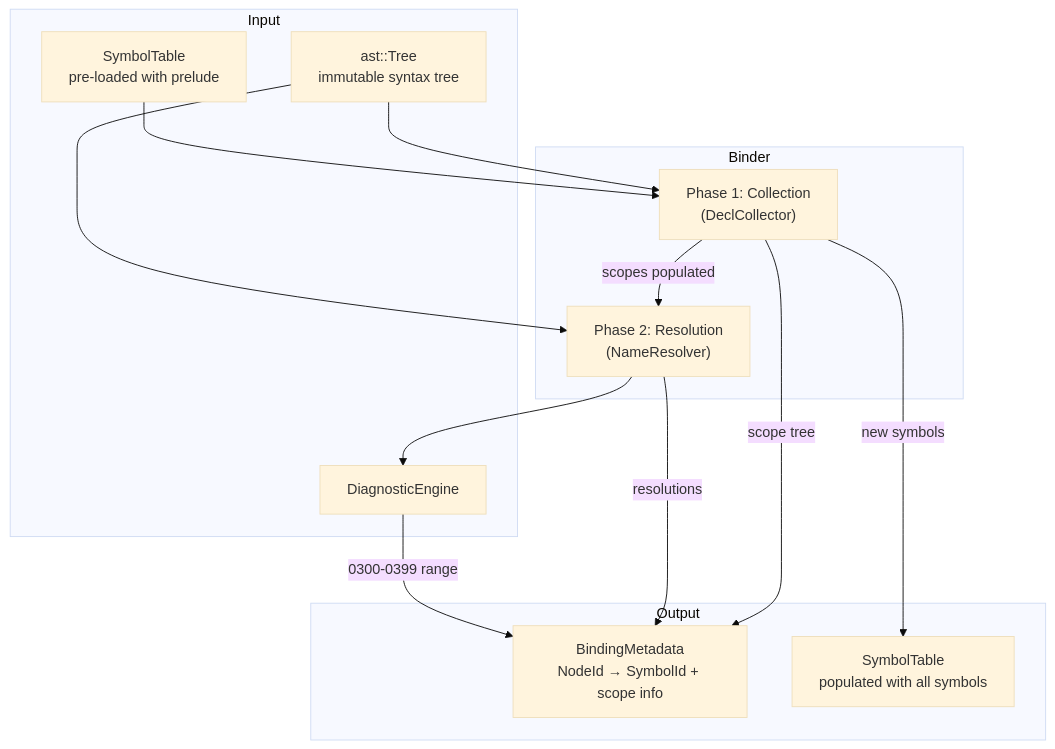
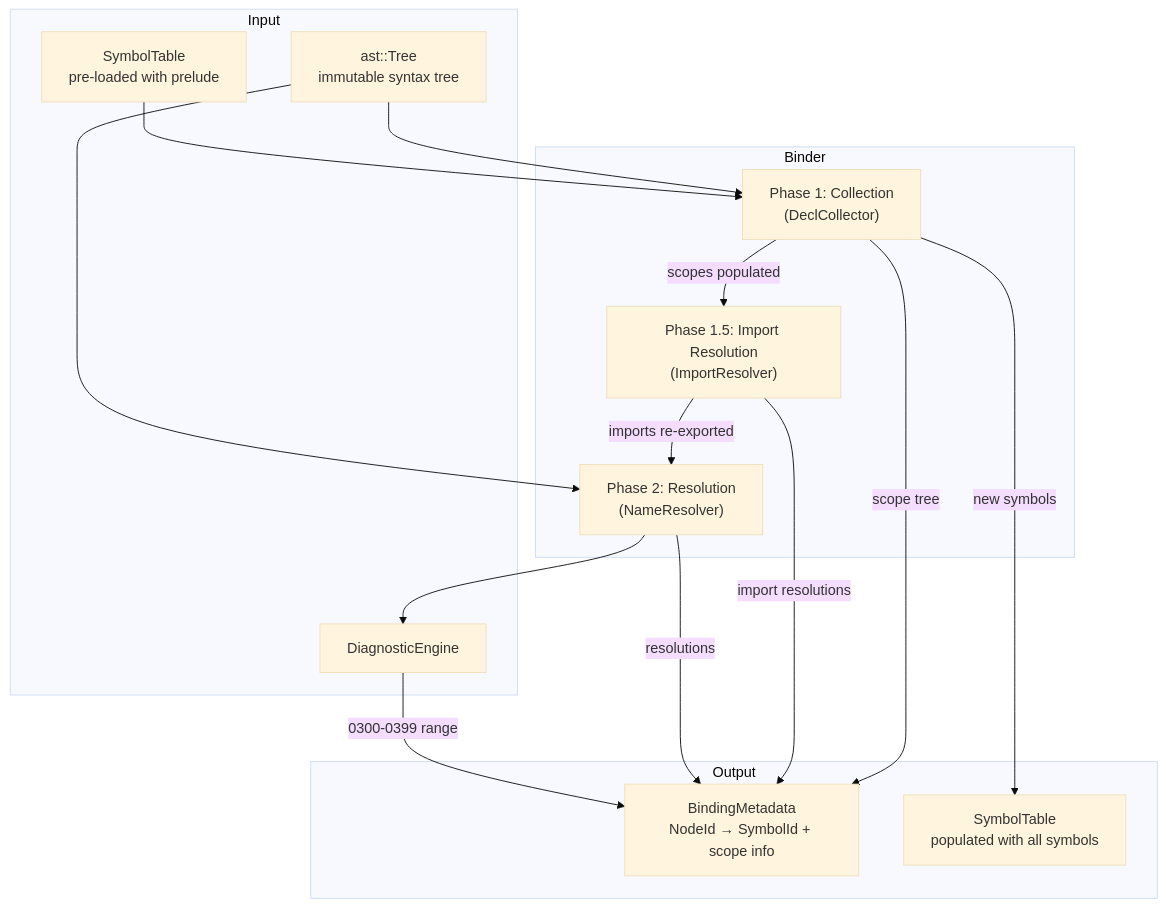
One commit to Zzzode/ZOM changed the diagram in docs/rfc/0004-binder-architecture.md. Above: the diagram before and after it, drawn with Mermaid (base theme). The commit also changed other lines of this file and 126 other files, not shown here.

````diff
--- a/docs/rfc/0004-binder-architecture.md
+++ b/docs/rfc/0004-binder-architecture.md
@@ -239,28 +242,31 @@
 ```mermaid
 flowchart TD
     subgraph "Input"
         AST[ast::Tree<br/>immutable syntax tree]
         ST[SymbolTable<br/>pre-loaded with prelude]
         DE[DiagnosticEngine]
     end
 
     subgraph "Binder"
         P1["Phase 1: Collection<br/>(DeclCollector)"]
+        P15["Phase 1.5: Import Resolution<br/>(ImportResolver)"]
         P2["Phase 2: Resolution<br/>(NameResolver)"]
     end
 
     subgraph "Output"
         BM[BindingMetadata<br/>NodeId → SymbolId + scope info]
         ST2[SymbolTable<br/>populated with all symbols]
     end
 
     AST --> P1
     ST --> P1
-    P1 -->|scopes populated| P2
+    P1 -->|scopes populated| P15
+    P15 -->|imports re-exported| P2
     AST --> P2
     P1 -->|scope tree| BM
+    P15 -->|import resolutions| BM
     P2 -->|resolutions| BM
     P1 -->|new symbols| ST2
     P2 --> DE
     DE -->|0300-0399 range| BM
 ```
````
